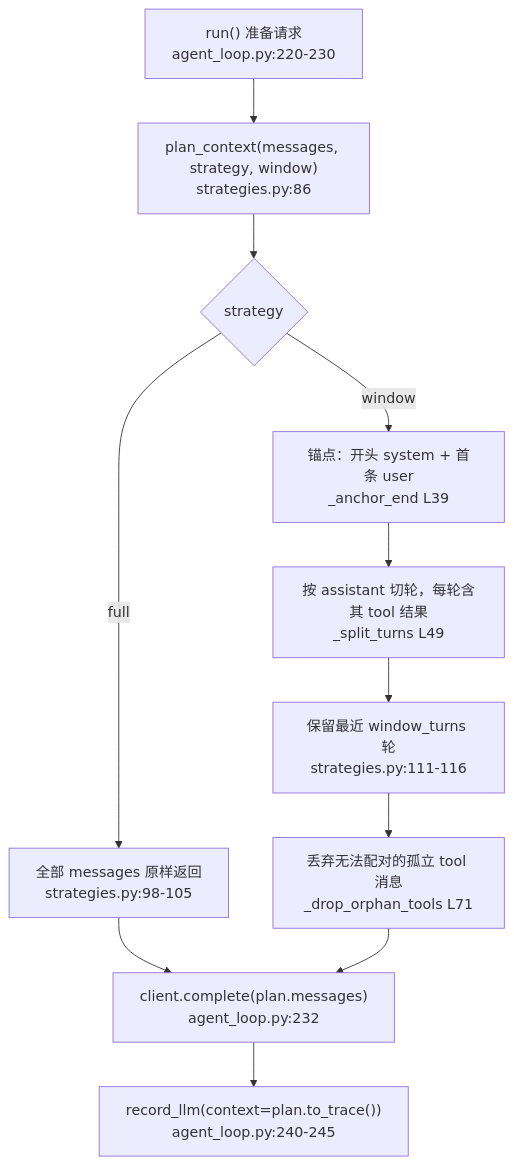
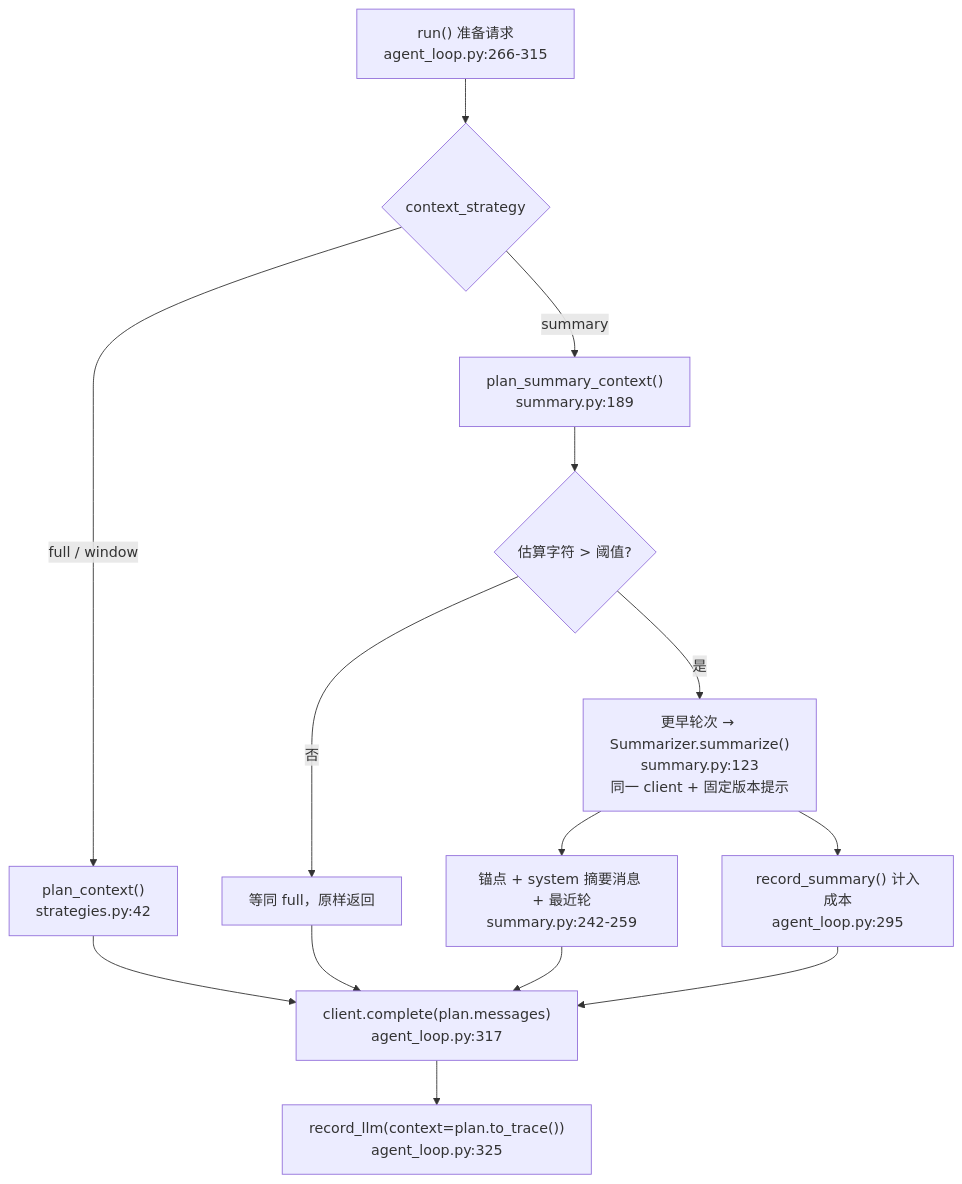
One commit to carder-coder/ai-agent changed the seventh of 7 diagrams in docs/design/code-execution-flow.md. Above: the diagram before and after it, drawn with Mermaid. The commit also changed other lines of this file and 3 other files, not shown here.

First line of the commit message:
docs: record day-ten summary strategy

````diff
--- a/docs/design/code-execution-flow.md
+++ b/docs/design/code-execution-flow.md
@@ -456,13 +456,16 @@
 ```mermaid
 flowchart TD
-    A["run() 准备请求<br/>agent_loop.py:220-230"] --> B["plan_context(messages, strategy, window)<br/>strategies.py:86"]
-    B --> C{"strategy"}
-    C -- "full" --> D["全部 messages 原样返回<br/>strategies.py:98-105"]
-    C -- "window" --> E["锚点：开头 system + 首条 user<br/>_anchor_end L39"]
-    E --> F["按 assistant 切轮，每轮含其 tool 结果<br/>_split_turns L49"]
-    F --> G["保留最近 window_turns 轮<br/>strategies.py:111-116"]
-    G --> H["丢弃无法配对的孤立 tool 消息<br/>_drop_orphan_tools L71"]
-    D --> I["client.complete(plan.messages)<br/>agent_loop.py:232"]
-    H --> I
-    I --> J["record_llm(context=plan.to_trace())<br/>agent_loop.py:240-245"]
+    A["run() 准备请求<br/>agent_loop.py:266-315"] --> B{"context_strategy"}
+    B -- "full / window" --> C["plan_context()<br/>strategies.py:42"]
+    B -- "summary" --> D["plan_summary_context()<br/>summary.py:189"]
+    D --> E{"估算字符 > 阈值?"}
+    E -- "否" --> F["等同 full，原样返回"]
+    E -- "是" --> G["更早轮次 → Summarizer.summarize()<br/>summary.py:123<br/>同一 client + 固定版本提示"]
+    G --> H["锚点 + system 摘要消息 + 最近轮<br/>summary.py:242-259"]
+    G --> I["record_summary() 计入成本<br/>agent_loop.py:295"]
+    C --> J["client.complete(plan.messages)<br/>agent_loop.py:317"]
+    F --> J
+    H --> J
+    I --> J
+    J --> K["record_llm(context=plan.to_trace())<br/>agent_loop.py:325"]
 ```
````
